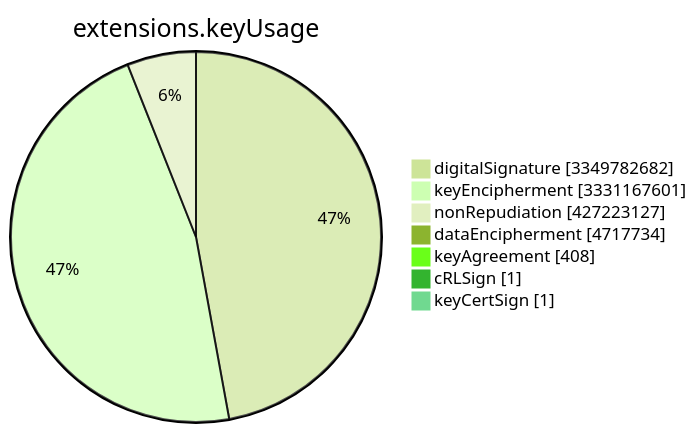
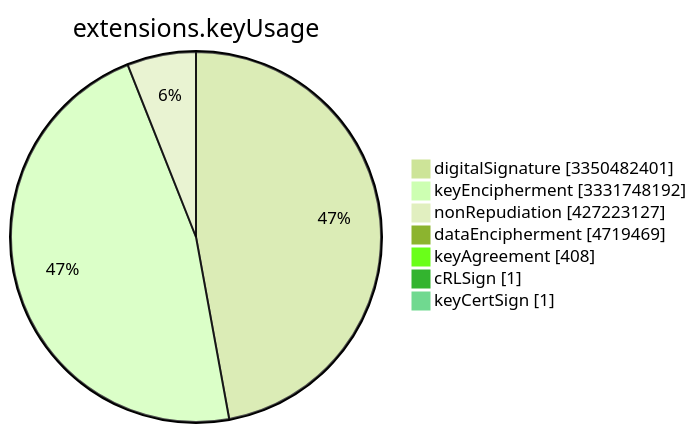
Before and after one commit to christiankrug/ctmonitor_visualization: the sixth of 15 diagrams in TOTAL/README.md, drawn with Mermaid (forest theme). The commit also changed other lines of this file, not shown here.

````diff
--- a/TOTAL/README.md
+++ b/TOTAL/README.md
@@ -3079,11 +3079,11 @@
 ```mermaid
 pie showData
 title extensions.keyUsage
-"digitalSignature" :3349782682
-"keyEncipherment" :3331167601
+"digitalSignature" :3350482401
+"keyEncipherment" :3331748192
 "nonRepudiation" :427223127
-"dataEncipherment" :4717734
+"dataEncipherment" :4719469
 "keyAgreement" :408
 "cRLSign" :1
 "keyCertSign" :1
 ```
````
